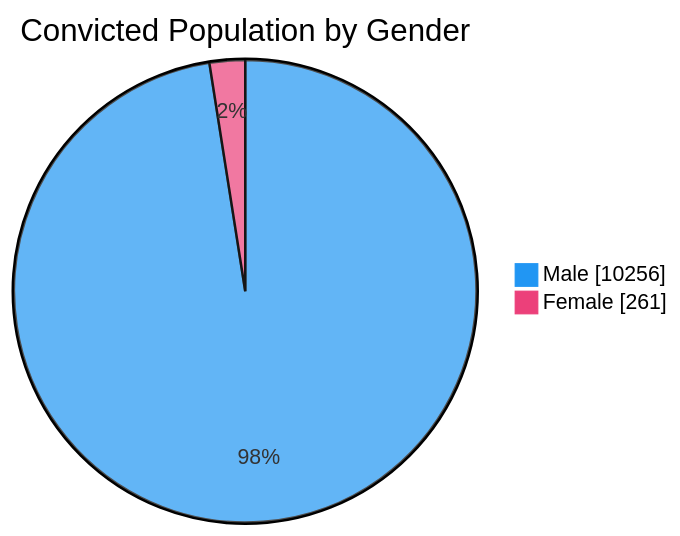
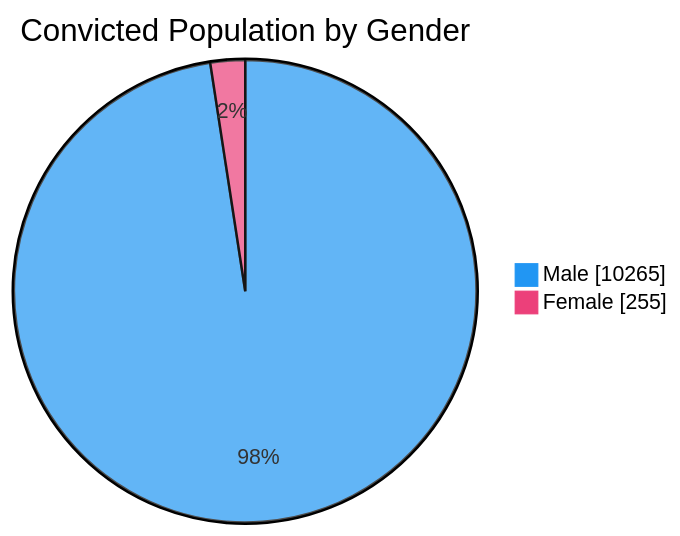
Before and after one commit to nuuuwan/lk_prisons: the third of 7 diagrams in README.md, drawn with Mermaid. The commit also changed other lines of this file and 1 other file, not shown here.

````diff
--- a/README.md
+++ b/README.md
@@ -65,6 +65,6 @@
 ```mermaid
 %%{init: {'themeVariables': {'pie1': '#2196F3', 'pie2': '#EC407A'}}}%%
 pie showData title Convicted Population by Gender
-    "Male" : 10256
-    "Female" : 261
+    "Male" : 10265
+    "Female" : 255
 ```
````
